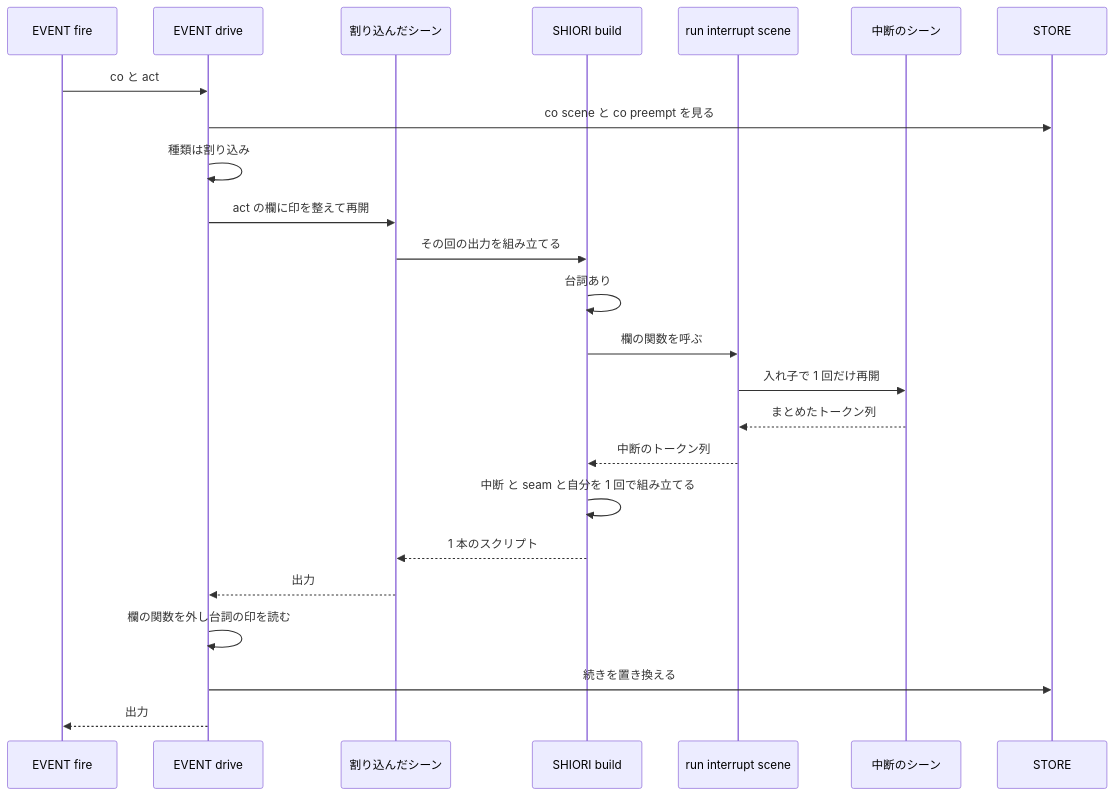
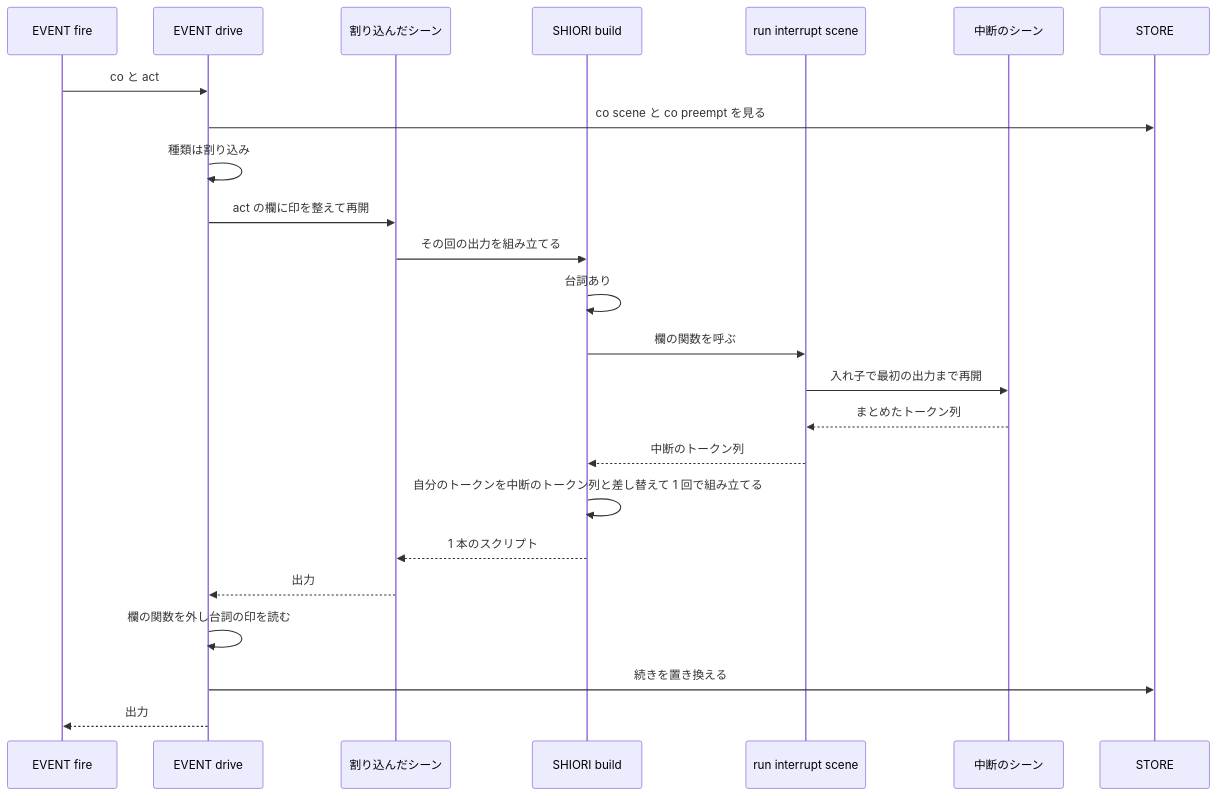
One commit to ekicyou/pasta changed the second of 2 diagrams in .kiro/specs/chain-talk-interrupt/design.md. Above: the diagram before and after it, drawn with Mermaid. The commit also changed other lines of this file and 2 other files, not shown here.

````diff
--- a/.kiro/specs/chain-talk-interrupt/design.md
+++ b/.kiro/specs/chain-talk-interrupt/design.md
@@ -167,27 +166,27 @@
 ```mermaid
 sequenceDiagram
     participant Fire as EVENT fire
     participant Drive as EVENT drive
     participant Co as 割り込んだシーン
     participant Build as SHIORI build
     participant Int as run interrupt scene
     participant Ico as 中断のシーン
     participant Store as STORE
 
     Fire->>Drive: co と act
     Drive->>Store: co scene と co preempt を見る
     Drive->>Drive: 種類は割り込み
     Drive->>Co: act の欄に印を整えて再開
     Co->>Build: その回の出力を組み立てる
     Build->>Build: 台詞あり
     Build->>Int: 欄の関数を呼ぶ
-    Int->>Ico: 入れ子で 1 回だけ再開
+    Int->>Ico: 入れ子で最初の出力まで再開
     Ico-->>Int: まとめたトークン列
     Int-->>Build: 中断のトークン列
-    Build->>Build: 中断 と seam と自分を 1 回で組み立てる
+    Build->>Build: 自分のトークンを中断のトークン列と差し替えて 1 回で組み立てる
     Build-->>Co: 1 本のスクリプト
     Co-->>Drive: 出力
     Drive->>Drive: 欄の関数を外し台詞の印を読む
     Drive->>Store: 続きを置き換える
     Drive-->>Fire: 出力
 ```
````
